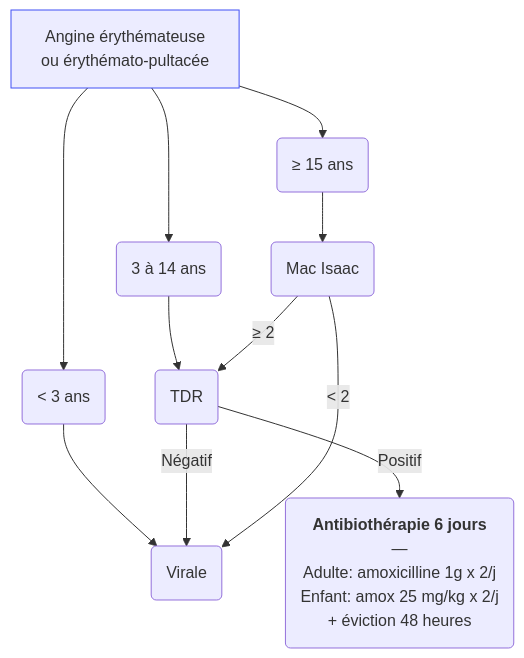
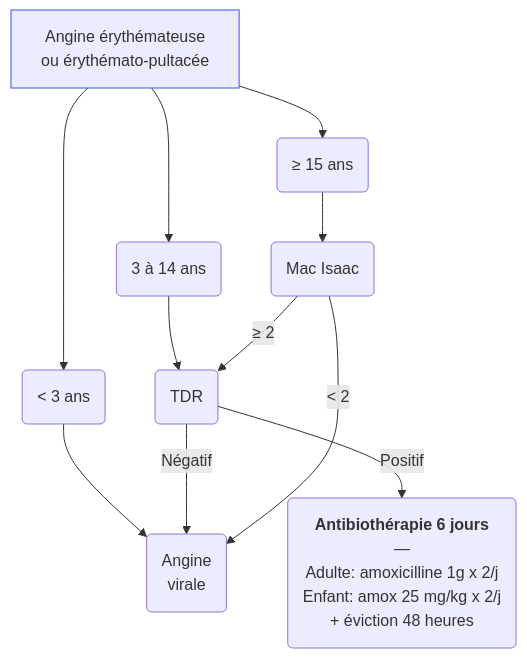
Before and after one commit to djibe/recommandations-medicales: the diagram in content/recommandations/angine.md, drawn with Mermaid. The commit also changed 2 other files, not shown here.

Commit message:
Minor edit

```diff
--- a/content/recommandations/angine.md
+++ b/content/recommandations/angine.md
@@ -252,9 +252,9 @@
 {{< mermaid title="Prise en charge de l'angine selon le tableau clinique. Dr JB Fron d'après HAS, SPILF, GPIP 2025" >}}
 graph TB
-  angine[Angine érythémateuse<br>ou érythémato-pultacée] --> moins3("&lt; 3 ans") --> viral(Virale)
+  angine[Angine érythémateuse<br>ou érythémato-pultacée] --> moins3("&lt; 3 ans") --> viral(Angine<br>virale)
   style angine stroke:#4150f5, stroke-width:1px
     angine --> 314ans(3 à 14 ans) --> TDR(TDR) -- Positif --> ATB("<b>Antibiothérapie 6 jours</b><br>—<br>Adulte: amoxicilline 1g x 2/j<br>Enfant: amox 25 mg/kg x 2/j<br>+ éviction 48 heures")
       TDR -- Négatif --> viral
     angine --> 15plus("≥ 15 ans") --> score(Mac Isaac) -- "≥ 2" --> TDR
       score -- "&lt; 2" --> viral
 {{< /mermaid >}}
```
